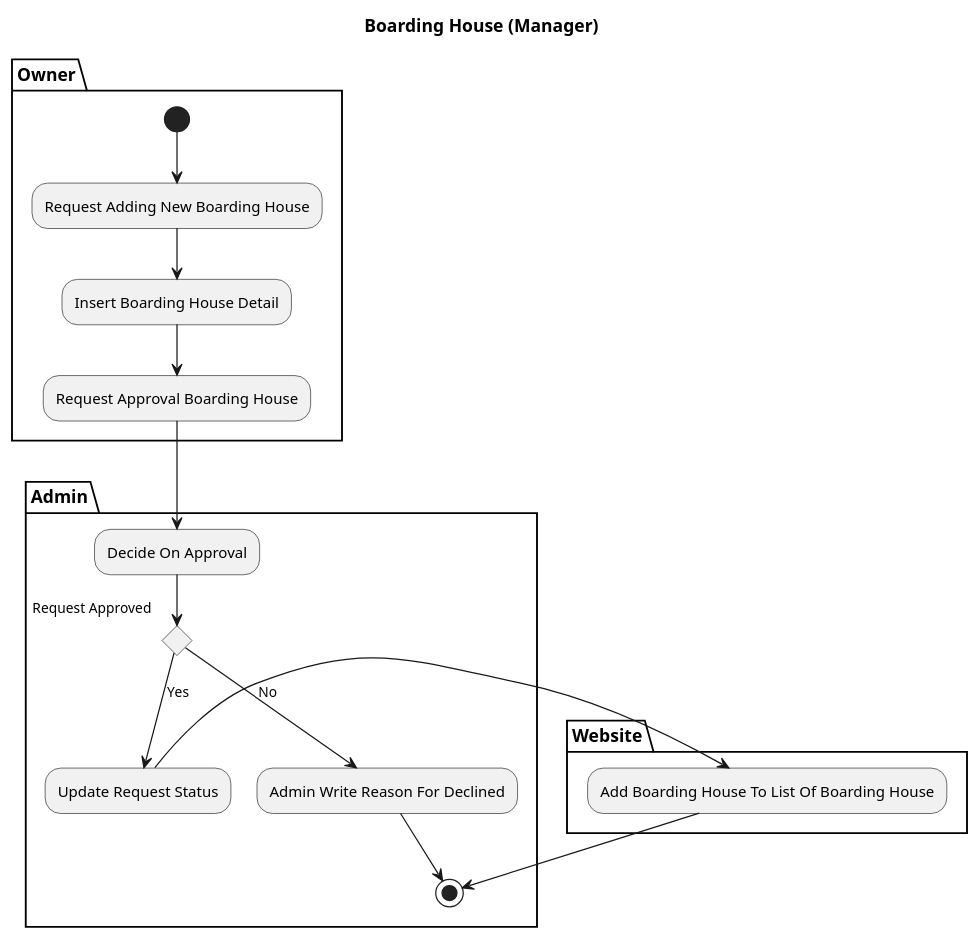
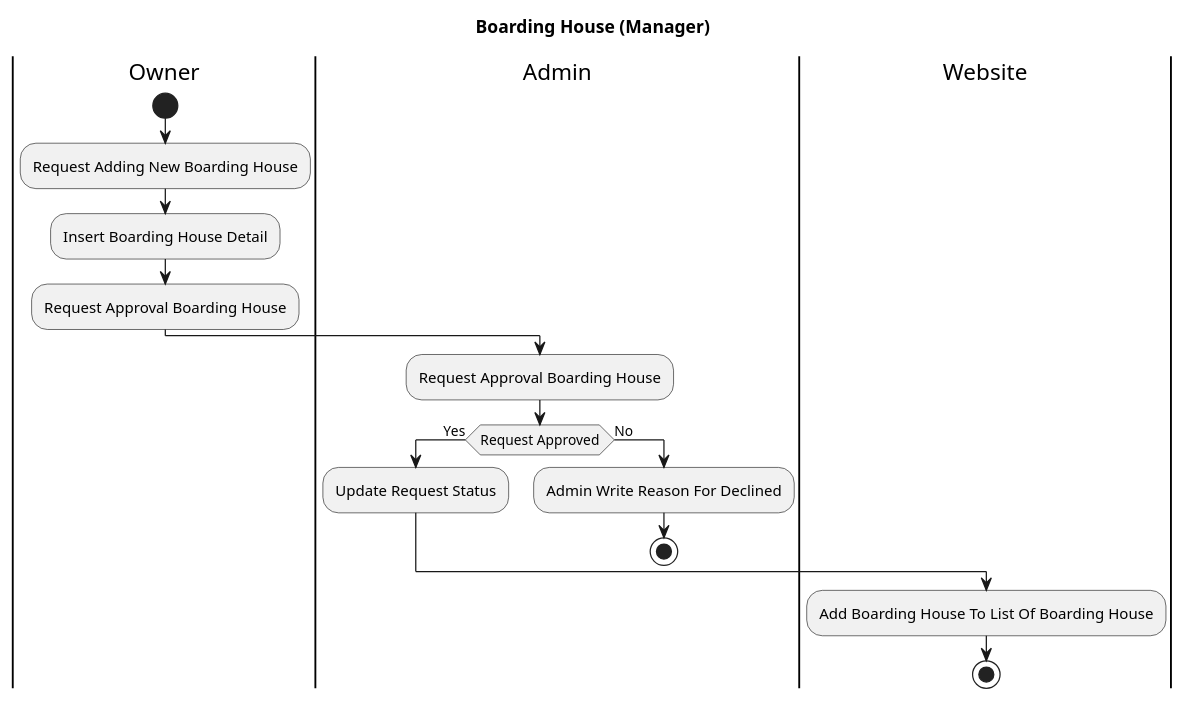
One commit to AntWort21/BHFMS changed the diagram in Design/BHFMS_ACTIVITY/Request Boarding House.puml. Above: the diagram before and after it, drawn with PlantUML. The commit also changed 16 other files, not shown here.

First line of the commit message:
Update Activity Diagram and Extend

```diff
--- a/Design/BHFMS_ACTIVITY/Request Boarding House.puml
+++ b/Design/BHFMS_ACTIVITY/Request Boarding House.puml
@@ -1,22 +1,22 @@
 @startuml
 title Boarding House (Manager)
-partition Owner {
-    (*)  --> "Request Adding New Boarding House"
-    --> "Insert Boarding House Detail"
-    --> "Request Approval Boarding House"
-}
+|Owner|
+start
 
-partition Admin {
-    "Request Approval Boarding House" --> "Decide On Approval"
-    If "Request Approved" then
-    --> [Yes] "Update Request Status"
-    else
-    --> [No] "Admin Write Reason For Declined"
-    --> (*)
-}
+    :Request Adding New Boarding House;
+    :Insert Boarding House Detail;
+    :Request Approval Boarding House;
+|Admin|
+    :Request Approval Boarding House;
 
-partition Website {
-    "Update Request Status" --> "Add Boarding House To List Of Boarding House"
-    --> (*)
-}
+    If (Request Approved) then (Yes)
+        :Update Request Status;
+    else (No)
+        :Admin Write Reason For Declined;
+    stop
+    endif
+
+|Website|
+    :Add Boarding House To List Of Boarding House;
+stop
 @enduml
```
